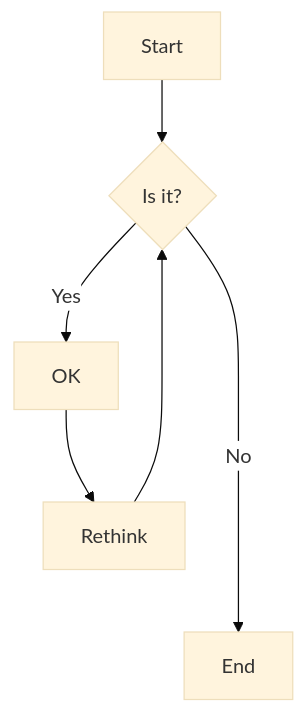
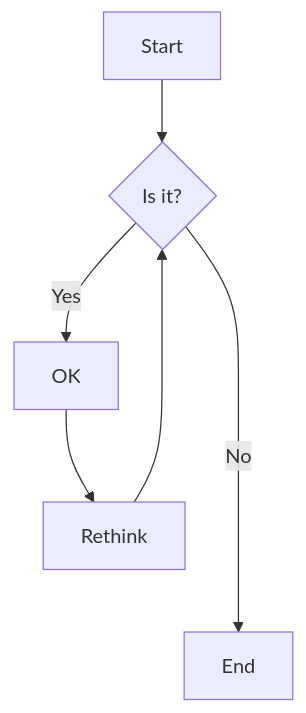
Before and after one commit to RammusXu/toolkit: the diagram in docs/Today-I-Learned/2022.md, drawn with Mermaid. The commit also changed other lines of this file and 1 other file, not shown here.

````diff
--- a/docs/Today-I-Learned/2022.md
+++ b/docs/Today-I-Learned/2022.md
@@ -41,9 +46,8 @@
-```mermaid
-%%{init: {'theme': 'base','themeVariables': { 'secondaryColor': '#ffffff'}}}%%
+``` mermaid
 flowchart TD
     A[Start] --> B{Is it?}
     B -->|Yes| C[OK]
     C --> D[Rethink]
     D --> B
     B ---->|No| E[End]
 ```
````
